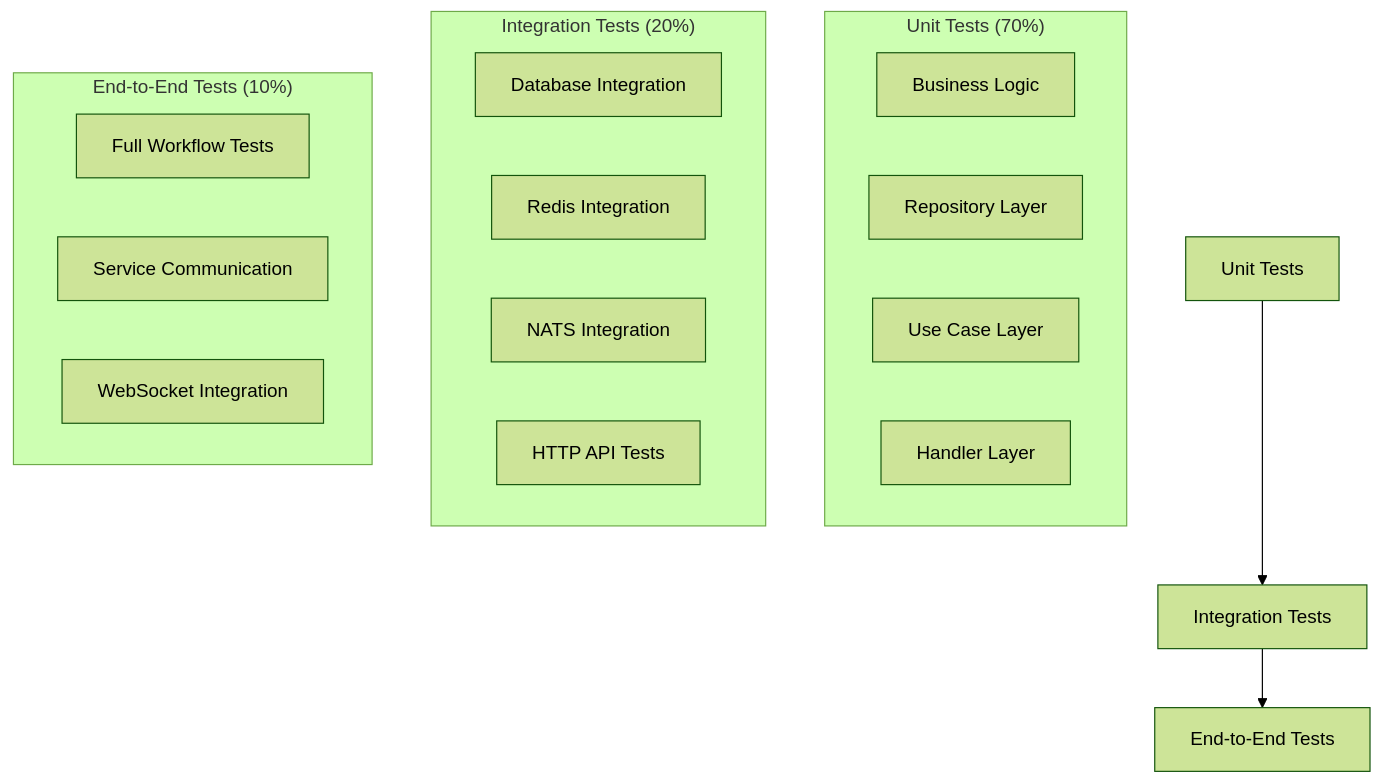
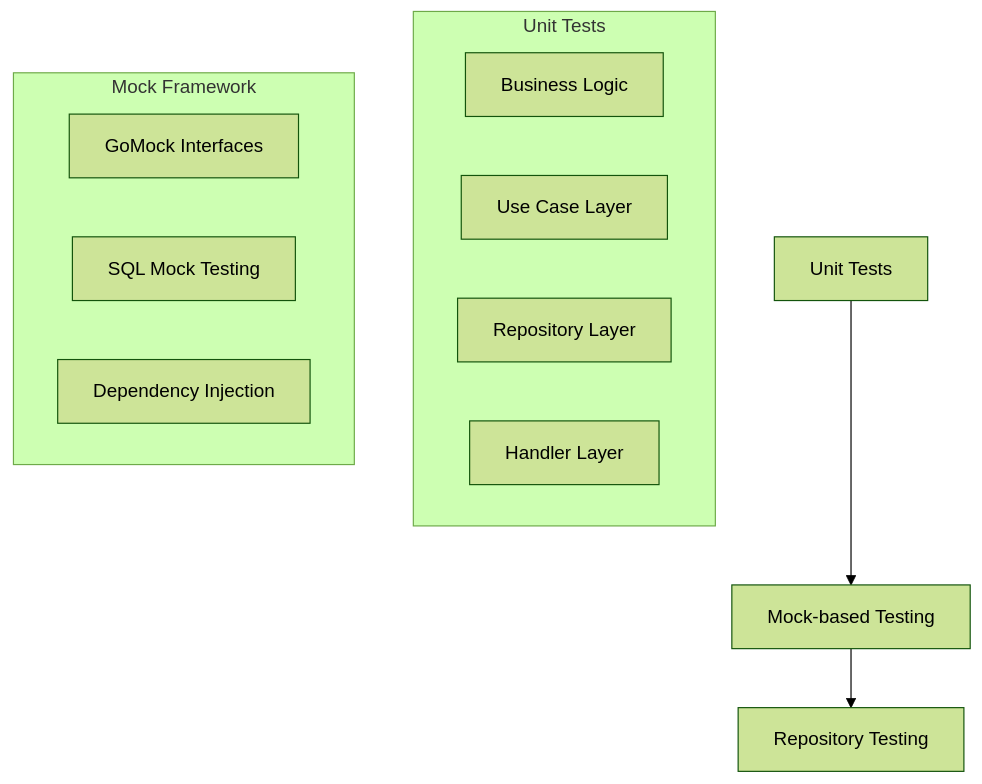
Before and after one commit to piresc/nebengjek: the diagram in docs/testing-strategies.md, drawn with Mermaid (forest theme). The commit also changed other lines of this file and 38 other files, not shown here.

````diff
--- a/docs/testing-strategies.md
+++ b/docs/testing-strategies.md
@@ -11,25 +22,18 @@
 ```mermaid
 graph TD
-    A[Unit Tests] --> B[Integration Tests]
-    B --> C[End-to-End Tests]
+    A[Unit Tests] --> B[Mock-based Testing]
+    B --> C[Repository Testing]
     
-    subgraph "Unit Tests (70%)"
+    subgraph "Unit Tests"
         D[Business Logic]
-        E[Repository Layer]
-        F[Use Case Layer]
+        E[Use Case Layer]
+        F[Repository Layer]
         G[Handler Layer]
     end
     
-    subgraph "Integration Tests (20%)"
-        H[Database Integration]
-        I[Redis Integration]
-        J[NATS Integration]
-        K[HTTP API Tests]
-    end
-    
-    subgraph "End-to-End Tests (10%)"
-        L[Full Workflow Tests]
-        M[Service Communication]
-        N[WebSocket Integration]
+    subgraph "Mock Framework"
+        H[GoMock Interfaces]
+        I[SQL Mock Testing]
+        J[Dependency Injection]
     end
 ```
````
